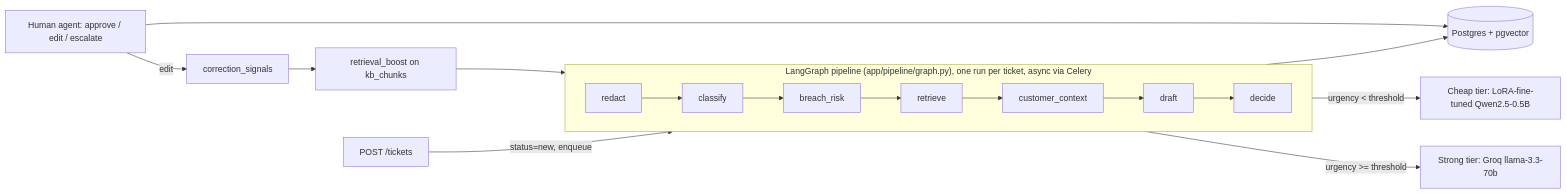
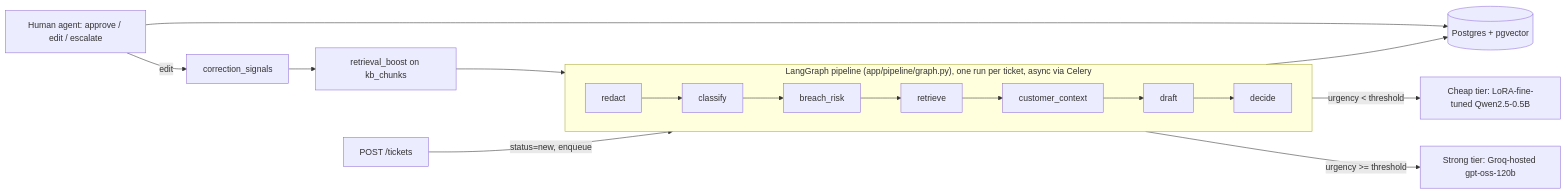
One commit to chrisxcalvin/ResolveIQ changed the diagram in README.md. Above: the diagram before and after it, drawn with Mermaid. The commit also changed other lines of this file and 22 other files, not shown here.

````diff
--- a/README.md
+++ b/README.md
@@ -18,19 +24,19 @@
 ```mermaid
 flowchart LR
     subgraph Pipeline["LangGraph pipeline (app/pipeline/graph.py), one run per ticket, async via Celery"]
         direction LR
         A[redact] --> B[classify]
         B --> C[breach_risk]
         C --> D[retrieve]
         D --> E[customer_context]
         E --> F[draft]
         F --> G[decide]
     end
 
     Ticket[POST /tickets] -->|status=new, enqueue| Pipeline
     Pipeline --> DB[(Postgres + pgvector)]
     F -->|urgency < threshold| Cheap[Cheap tier: LoRA-fine-tuned Qwen2.5-0.5B]
-    F -->|urgency >= threshold| Strong[Strong tier: Groq llama-3.3-70b]
+    F -->|urgency >= threshold| Strong[Strong tier: Groq-hosted gpt-oss-120b]
     Agent[Human agent: approve / edit / escalate] --> DB
     Agent -->|edit| Correction[correction_signals] --> Boost[retrieval_boost on kb_chunks] --> D
 ```
````
